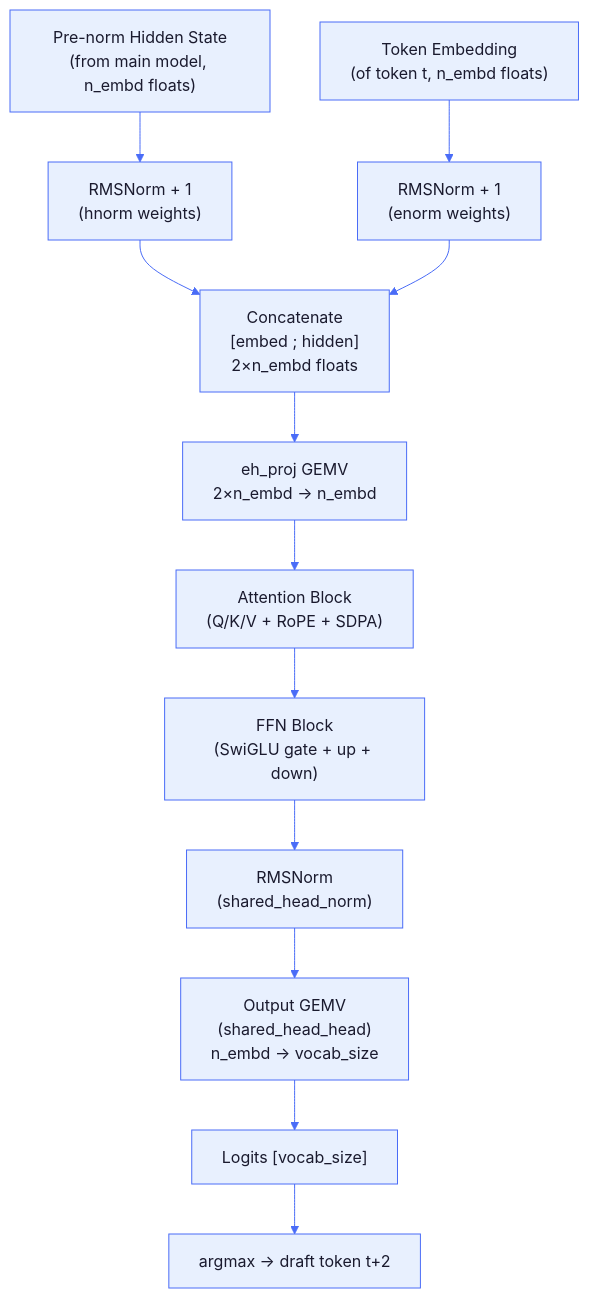
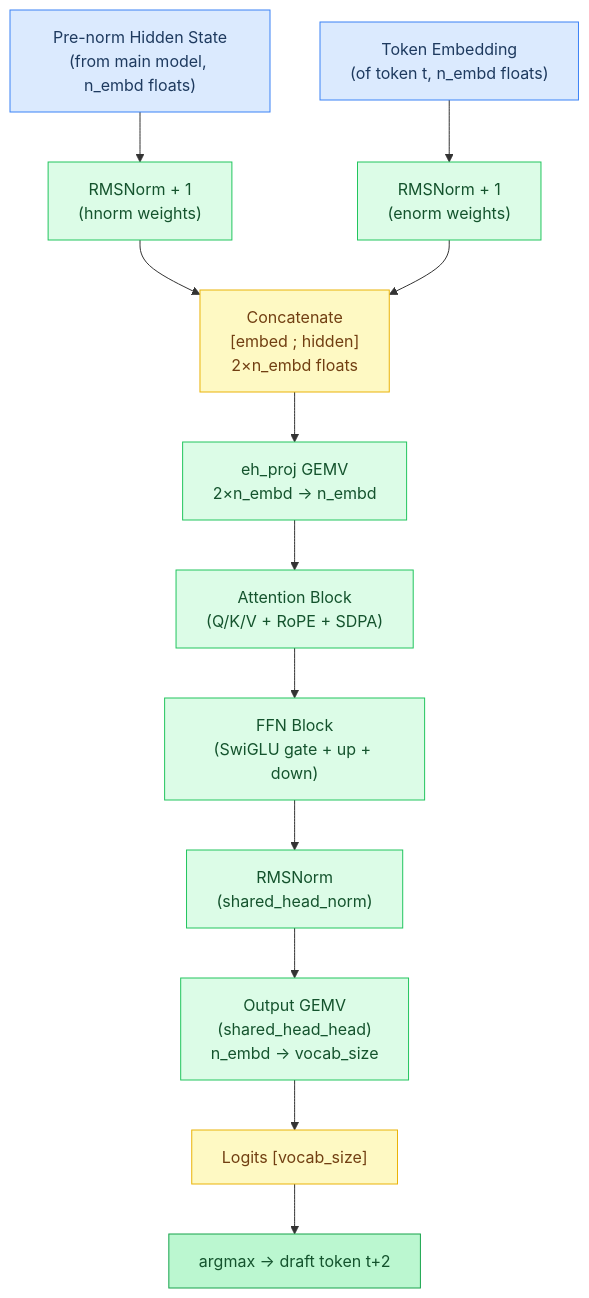
The second of 7 diagrams in docs/tutorial/18-multi-token-prediction.md (maci0/agave), drawn with Mermaid before and after one commit. The commit also changed other lines of this file and 24 other files, not shown here.

First line of the commit message:
docs: convert all mermaid diagrams to classDef semantic colors

````diff
--- a/docs/tutorial/18-multi-token-prediction.md
+++ b/docs/tutorial/18-multi-token-prediction.md
@@ -91,37 +86,34 @@
 ```mermaid
-%%{init: {'theme': 'base', 'themeVariables': {
-  'primaryColor': '#e8f0fe',
-  'primaryTextColor': '#1a1a2e',
-  'primaryBorderColor': '#4a6cf7',
-  'lineColor': '#4a6cf7',
-  'secondaryColor': '#f0f4ff',
-  'tertiaryColor': '#f8f9ff',
-  'edgeLabelBackground': '#ffffff',
-  'clusterBkg': '#f0f4ff',
-  'clusterBorder': '#4a6cf7',
-  'titleColor': '#1a1a2e',
-  'nodeTextColor': '#1a1a2e',
-  'fontFamily': 'ui-monospace, SFMono-Regular, monospace'
-}}}%%
 flowchart TD
-    HiddenState["Pre-norm Hidden State\n(from main model, n_embd floats)"]
-    TokenEmbed["Token Embedding\n(of token t, n_embd floats)"]
+    classDef setup     fill:#dbeafe,stroke:#3b82f6,color:#1e3a5f
+    classDef sync      fill:#dcfce7,stroke:#22c55e,color:#14532d
+    classDef migration fill:#fef9c3,stroke:#eab308,color:#713f12
+    classDef success   fill:#bbf7d0,stroke:#16a34a,color:#14532d
+    classDef danger    fill:#fee2e2,stroke:#ef4444,color:#7f1d1d
+    classDef optional  fill:#f3e8ff,stroke:#9333ea,color:#581c87
 
-    HNorm["RMSNorm + 1\n(hnorm weights)"]
-    ENorm["RMSNorm + 1\n(enorm weights)"]
+    HiddenState["Pre-norm Hidden State\n(from main model, n_embd floats)"]:::setup
+    TokenEmbed["Token Embedding\n(of token t, n_embd floats)"]:::setup
+    HNorm["RMSNorm + 1\n(hnorm weights)"]:::sync
+    ENorm["RMSNorm + 1\n(enorm weights)"]:::sync
+    Concat["Concatenate\n[embed ; hidden]\n2×n_embd floats"]:::migration
+    EHProj["eh_proj GEMV\n2×n_embd → n_embd"]:::sync
+    AttnBlock["Attention Block\n(Q/K/V + RoPE + SDPA)"]:::sync
+    FFNBlock["FFN Block\n(SwiGLU gate + up + down)"]:::sync
+    HeadNorm["RMSNorm\n(shared_head_norm)"]:::sync
+    HeadProj["Output GEMV\n(shared_head_head)\nn_embd → vocab_size"]:::sync
+    Logits["Logits [vocab_size]"]:::migration
+    ArgMax["argmax → draft token t+2"]:::success
 
     HiddenState --> HNorm
     TokenEmbed --> ENorm
-
-    HNorm --> Concat["Concatenate\n[embed ; hidden]\n2×n_embd floats"]
+    HNorm --> Concat
     ENorm --> Concat
-
-    Concat --> EHProj["eh_proj GEMV\n2×n_embd → n_embd"]
-
-    EHProj --> AttnBlock["Attention Block\n(Q/K/V + RoPE + SDPA)"]
-    AttnBlock --> FFNBlock["FFN Block\n(SwiGLU gate + up + down)"]
-    FFNBlock --> HeadNorm["RMSNorm\n(shared_head_norm)"]
-    HeadNorm --> HeadProj["Output GEMV\n(shared_head_head)\nn_embd → vocab_size"]
-    HeadProj --> Logits["Logits [vocab_size]"]
-    Logits --> ArgMax["argmax → draft token t+2"]
+    Concat --> EHProj
+    EHProj --> AttnBlock
+    AttnBlock --> FFNBlock
+    FFNBlock --> HeadNorm
+    HeadNorm --> HeadProj
+    HeadProj --> Logits
+    Logits --> ArgMax
 ```
````
